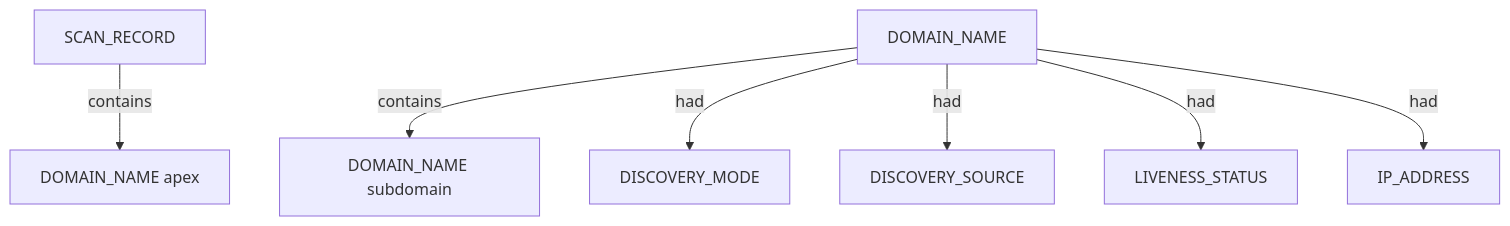
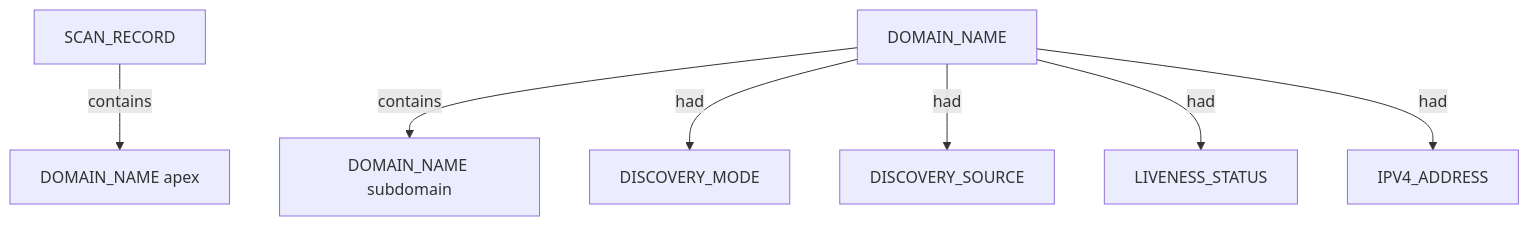
Before and after one commit to brettforbes/spiderfeet: the third of 3 diagrams in modules_v2/content/subfinder/graph_structure.md, drawn with Mermaid. The commit also changed other lines of this file and 170 other files, not shown here.

````diff
--- a/modules_v2/content/subfinder/graph_structure.md
+++ b/modules_v2/content/subfinder/graph_structure.md
@@ -56,17 +56,17 @@
 ```mermaid
 flowchart TD
   scan_record_1["SCAN_RECORD"]
   domain_name_2["DOMAIN_NAME apex"]
   domain_name_3["DOMAIN_NAME"]
   domain_name_4["DOMAIN_NAME subdomain"]
   discovery_mode_5["DISCOVERY_MODE"]
   discovery_source_6["DISCOVERY_SOURCE"]
   liveness_status_7["LIVENESS_STATUS"]
-  ip_address_8["IP_ADDRESS"]
+  ip_address_8["IPV4_ADDRESS"]
   scan_record_1 -->|contains| domain_name_2
   domain_name_3 -->|contains| domain_name_4
   domain_name_3 -->|had| discovery_mode_5
   domain_name_3 -->|had| discovery_source_6
   domain_name_3 -->|had| liveness_status_7
   domain_name_3 -->|had| ip_address_8
 ```
````
